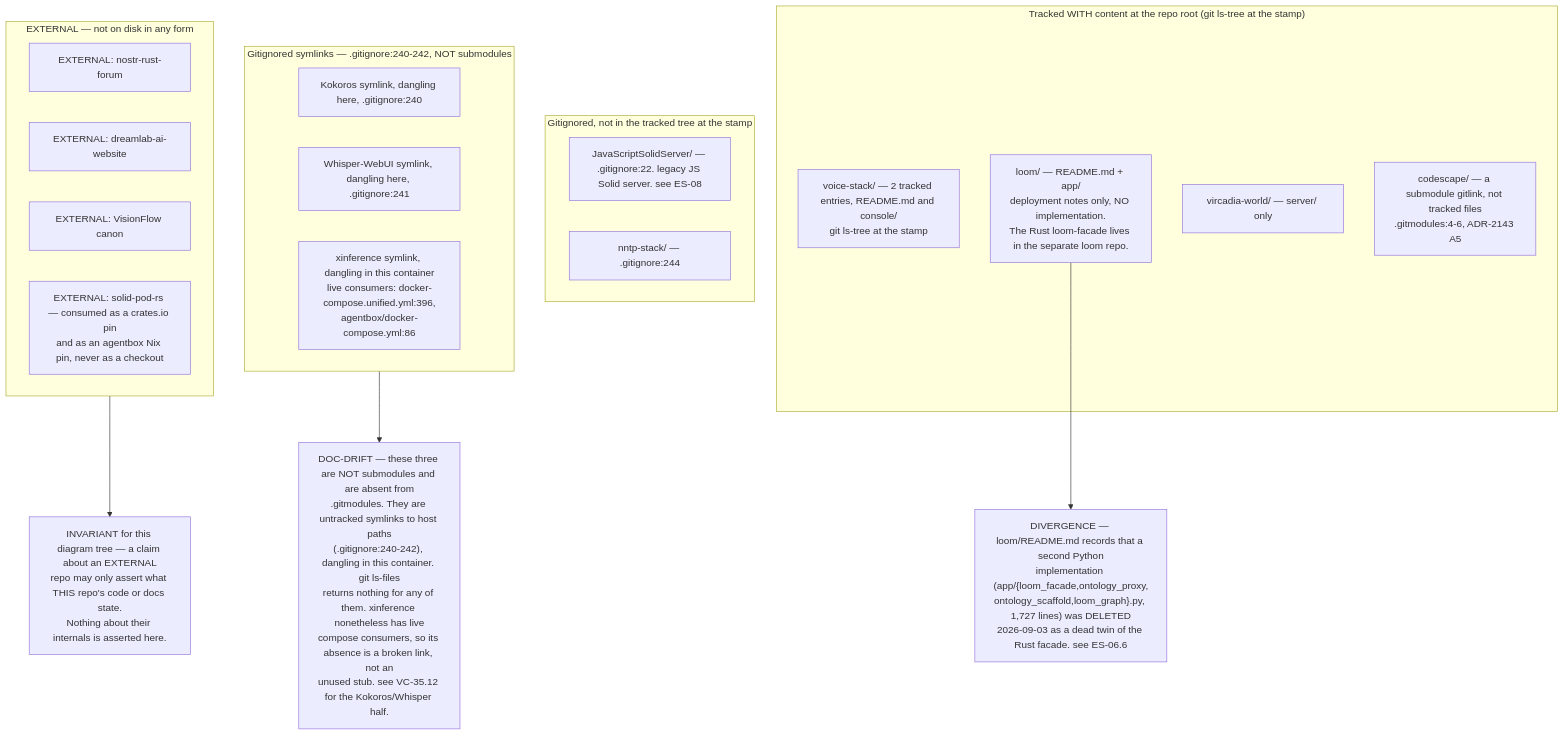
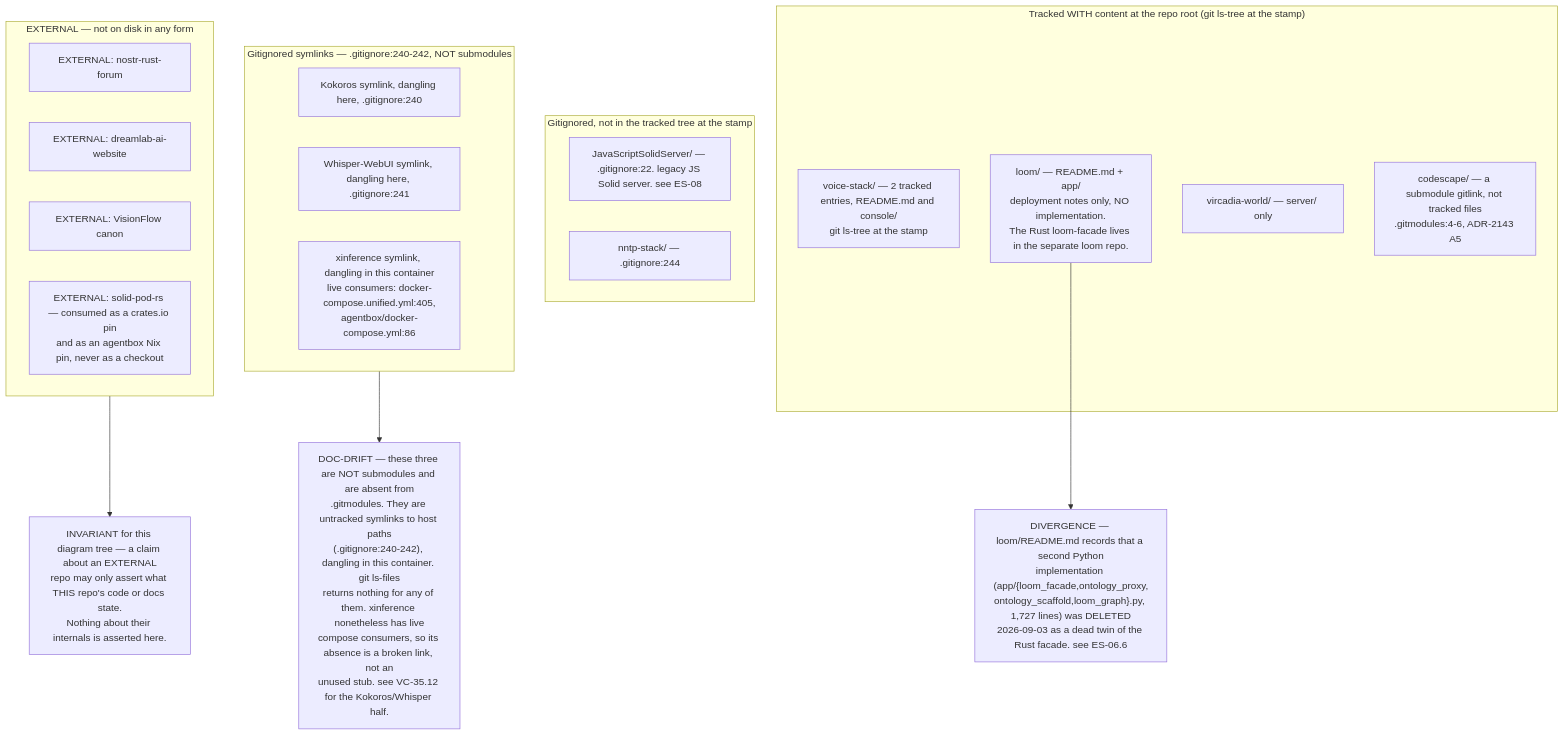
Before and after one commit to DreamLab-AI/VisionFlow: the sixth of 8 diagrams in docs/diagrams/estate/01-estate-topology.md, drawn with Mermaid. The commit also changed other lines of this file and 142 other files, not shown here.

First line of the commit message:
docs(diagrams): one System One route; re-verify 140 topics at today's heads

````diff
--- a/docs/diagrams/estate/01-estate-topology.md
+++ b/docs/diagrams/estate/01-estate-topology.md
@@ -268,32 +270,32 @@
 ```mermaid
 flowchart TB
     subgraph real["Tracked WITH content at the repo root (git ls-tree at the stamp)"]
         R3["voice-stack/ — 2 tracked entries, README.md and console/<br/>git ls-tree at the stamp"]
         R4["loom/ — README.md + app/<br/>deployment notes only, NO implementation.<br/>The Rust loom-facade lives in the separate loom repo."]
         R5["vircadia-world/ — server/ only"]
         R6["codescape/ — a submodule gitlink, not tracked files<br/>.gitmodules:4-6, ADR-2143 A5"]
     end
     subgraph gone["Gitignored, not in the tracked tree at the stamp"]
         G1["JavaScriptSolidServer/ — .gitignore:22. legacy JS Solid server. see ES-08"]
         G2["nntp-stack/ — .gitignore:244"]
     end
     subgraph stub["Gitignored symlinks — .gitignore:240-242, NOT submodules"]
         S1["Kokoros symlink, dangling here, .gitignore:240"]
         S2["Whisper-WebUI symlink, dangling here, .gitignore:241"]
-        S3["xinference symlink, dangling in this container<br/>live consumers: docker-compose.unified.yml:396,<br/>agentbox/docker-compose.yml:86"]
+        S3["xinference symlink, dangling in this container<br/>live consumers: docker-compose.unified.yml:405,<br/>agentbox/docker-compose.yml:86"]
     end
     subgraph ext["EXTERNAL — not on disk in any form"]
         E1["EXTERNAL: nostr-rust-forum"]
         E2["EXTERNAL: dreamlab-ai-website"]
         E3["EXTERNAL: VisionFlow canon"]
         E4["EXTERNAL: solid-pod-rs — consumed as a crates.io pin<br/>and as an agentbox Nix pin, never as a checkout"]
     end
 
     WARN["INVARIANT for this diagram tree — a claim about an EXTERNAL<br/>repo may only assert what THIS repo's code or docs state.<br/>Nothing about their internals is asserted here."]
     D1["DOC-DRIFT — these three are NOT submodules and are absent from<br/>.gitmodules. They are untracked symlinks to host paths<br/>(.gitignore:240-242), dangling in this container. git ls-files<br/>returns nothing for any of them. xinference nonetheless has live<br/>compose consumers, so its absence is a broken link, not an<br/>unused stub. see VC-35.12 for the Kokoros/Whisper half."]
     D2["DIVERGENCE — loom/README.md records that a second Python<br/>implementation (app/{loom_facade,ontology_proxy,<br/>ontology_scaffold,loom_graph}.py, 1,727 lines) was DELETED<br/>2026-09-03 as a dead twin of the Rust facade. see ES-06.6"]
 
     stub --> D1
     R4 --> D2
     ext --> WARN
 ```
````
